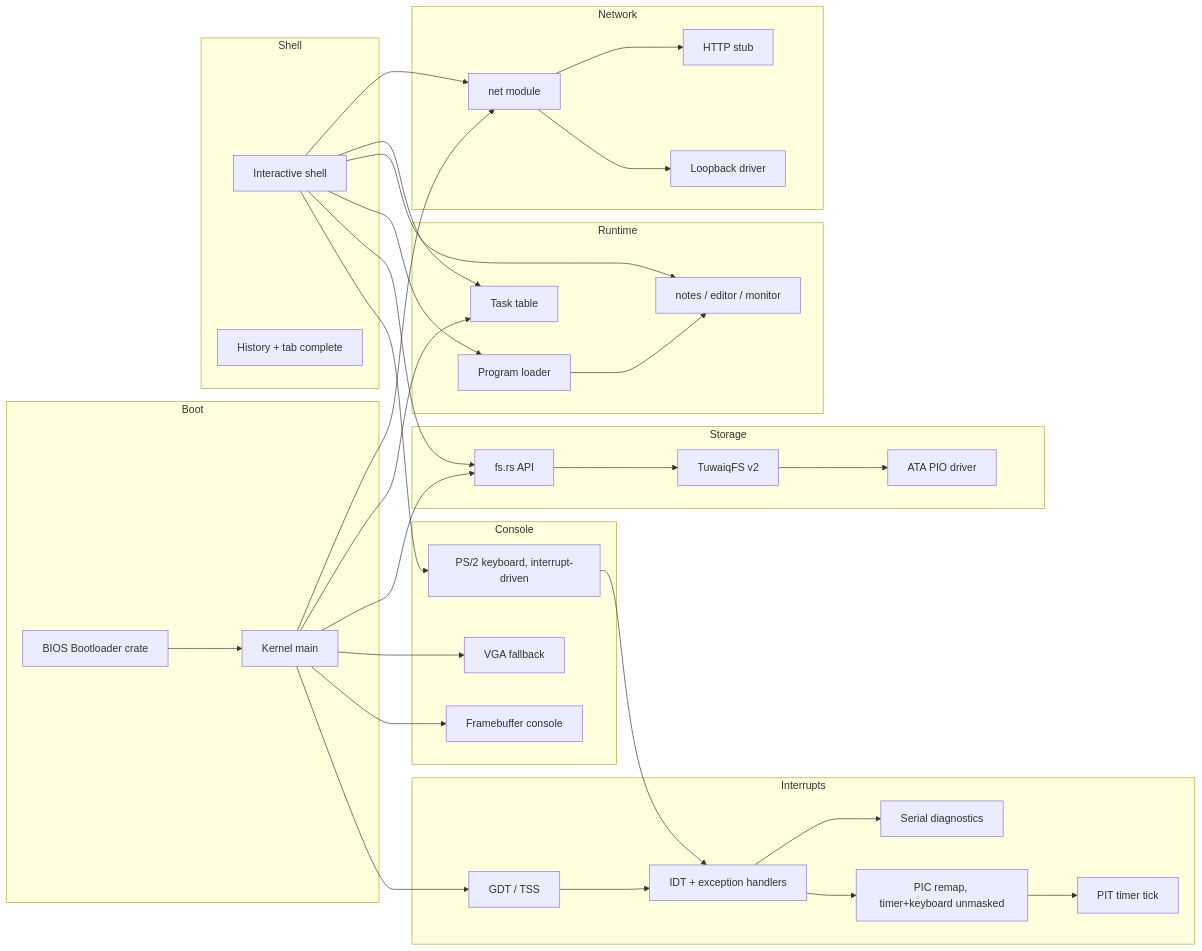
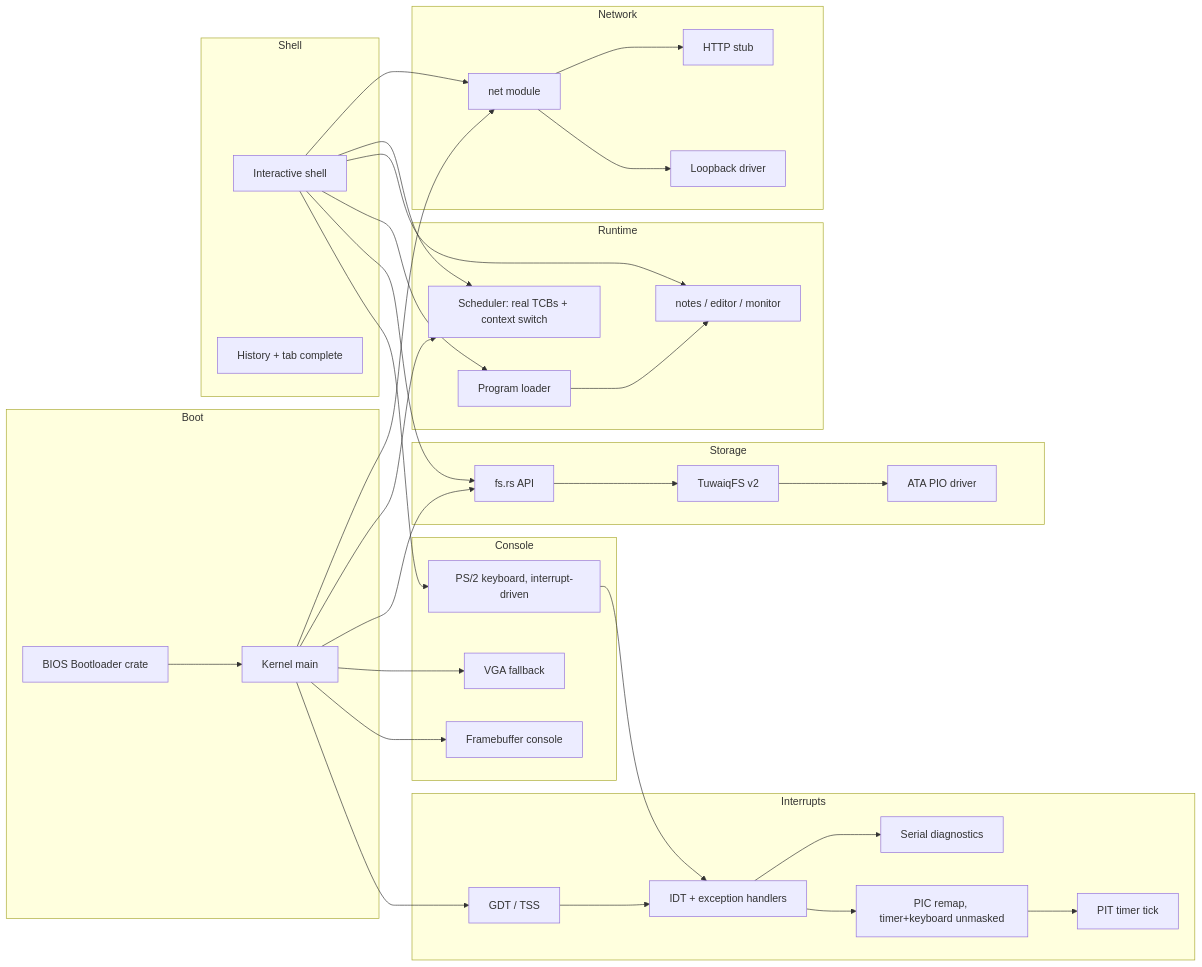
Before and after one commit to ShahadAljohani/TuwaiqOS: the diagram in ARCHITECTURE.md, drawn with Mermaid. The commit also changed other lines of this file and 5 other files, not shown here.

````diff
--- a/ARCHITECTURE.md
+++ b/ARCHITECTURE.md
@@ -7,57 +7,57 @@
 ```mermaid
 flowchart LR
     subgraph Boot
         B[BIOS Bootloader crate]
         K[Kernel main]
     end
     subgraph Interrupts
         GDT[GDT / TSS]
         IDT[IDT + exception handlers]
         PIC[PIC remap, timer+keyboard unmasked]
         PIT[PIT timer tick]
         SER[Serial diagnostics]
     end
     subgraph Console
         FB[Framebuffer console]
         VGA[VGA fallback]
         KB[PS/2 keyboard, interrupt-driven]
     end
     subgraph Shell
         SH[Interactive shell]
         HIST[History + tab complete]
     end
     subgraph Storage
         FS[fs.rs API]
         TQFS[TuwaiqFS v2]
         ATA[ATA PIO driver]
     end
     subgraph Runtime
-        TASK[Task table]
+        TASK[Scheduler: real TCBs + context switch]
         LD[Program loader]
         APPS[notes / editor / monitor]
     end
     subgraph Network
         NET[net module]
         LB[Loopback driver]
         HTTP[HTTP stub]
     end
     B --> K
     K --> GDT --> IDT --> PIC --> PIT
     IDT --> SER
     K --> FB
     K --> VGA
     K --> FS
     K --> TASK
     K --> NET
     KB --> IDT
     SH --> KB
     SH --> FS
     SH --> LD
     SH --> APPS
     SH --> TASK
     SH --> NET
     FS --> TQFS --> ATA
     LD --> APPS
     NET --> LB
     NET --> HTTP
 ```
````
